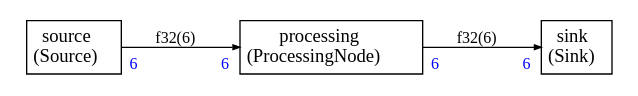
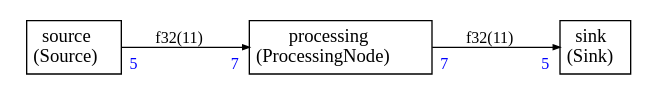
One commit to ARM-software/CMSIS-Stream changed the diagram in Examples/runtime_mode/runtime_mode.dot. Above: the diagram before and after it, drawn with Graphviz. The commit also changed 7 other files, not shown here.

```diff
--- a/Examples/runtime_mode/runtime_mode.dot
+++ b/Examples/runtime_mode/runtime_mode.dot
@@ -1,48 +1,48 @@
 
 
 
 
 digraph structs {
     bgcolor = "white"
     node [shape=plaintext,color="black",fontcolor="black",fontname="Times-Roman"]
     rankdir=LR
     edge [arrowsize="0.5",color="black",fontcolor="black",fontname="Times-Roman"]
 
 
 processing [label=<
 <TABLE color="black" bgcolor="none" BORDER="0" CELLBORDER="1" CELLSPACING="0" CELLPADDING="4">
   <TR>
     <TD ALIGN="CENTER" PORT="i"><FONT COLOR="black" POINT-SIZE="14.0">processing<BR/>(ProcessingNode)</FONT></TD>
   </TR>
 </TABLE>>];
 
 sink [label=<
 <TABLE color="black" bgcolor="none" BORDER="0" CELLBORDER="1" CELLSPACING="0" CELLPADDING="4">
   <TR>
     <TD ALIGN="CENTER" PORT="i"><FONT COLOR="black" POINT-SIZE="14.0">sink<BR/>(Sink)</FONT></TD>
   </TR>
 </TABLE>>];
 
 source [label=<
 <TABLE color="black" bgcolor="none" BORDER="0" CELLBORDER="1" CELLSPACING="0" CELLPADDING="4">
   <TR>
     <TD ALIGN="CENTER" PORT="i"><FONT COLOR="black" POINT-SIZE="14.0">source<BR/>(Source)</FONT></TD>
   </TR>
 </TABLE>>];
 
 
 
-source:i -> processing:i [style="solid",color="black",fontsize="12.0",fontcolor="black",label=<f32(6)>
-,headlabel=<<TABLE BORDER="0" CELLPADDING="4"><TR><TD><FONT COLOR="blue" POINT-SIZE="12.0" >6</FONT>
+source:i -> processing:i [style="solid",color="black",fontsize="12.0",fontcolor="black",label=<f32(11)>
+,headlabel=<<TABLE BORDER="0" CELLPADDING="4"><TR><TD><FONT COLOR="blue" POINT-SIZE="12.0" >7</FONT>
 </TD></TR></TABLE>>
-,taillabel=<<TABLE BORDER="0" CELLPADDING="4"><TR><TD><FONT COLOR="blue" POINT-SIZE="12.0" >6</FONT>
+,taillabel=<<TABLE BORDER="0" CELLPADDING="4"><TR><TD><FONT COLOR="blue" POINT-SIZE="12.0" >5</FONT>
 </TD></TR></TABLE>>]
 
-processing:i -> sink:i [style="solid",color="black",fontsize="12.0",fontcolor="black",label=<f32(6)>
-,headlabel=<<TABLE BORDER="0" CELLPADDING="4"><TR><TD><FONT COLOR="blue" POINT-SIZE="12.0" >6</FONT>
+processing:i -> sink:i [style="solid",color="black",fontsize="12.0",fontcolor="black",label=<f32(11)>
+,headlabel=<<TABLE BORDER="0" CELLPADDING="4"><TR><TD><FONT COLOR="blue" POINT-SIZE="12.0" >5</FONT>
 </TD></TR></TABLE>>
-,taillabel=<<TABLE BORDER="0" CELLPADDING="4"><TR><TD><FONT COLOR="blue" POINT-SIZE="12.0" >6</FONT>
+,taillabel=<<TABLE BORDER="0" CELLPADDING="4"><TR><TD><FONT COLOR="blue" POINT-SIZE="12.0" >7</FONT>
 </TD></TR></TABLE>>]
 
 
 }
```
